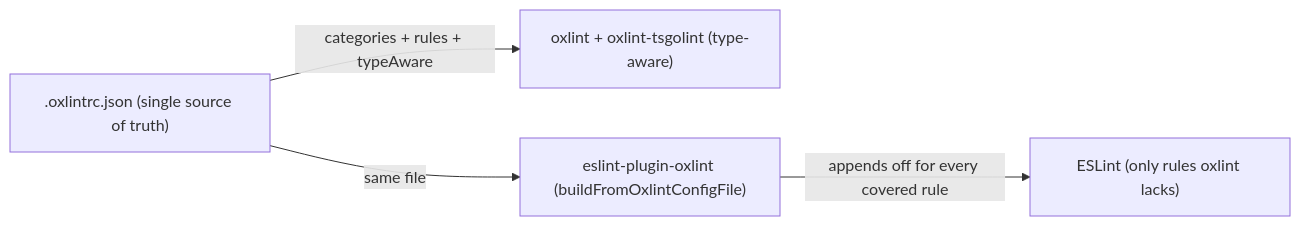
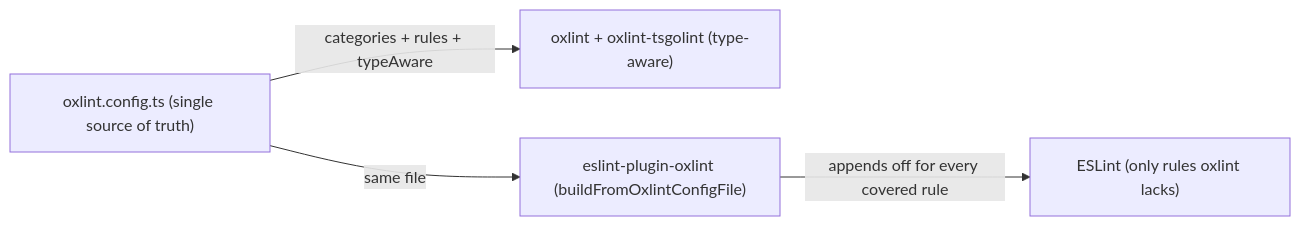
One commit to Esposter/Esposter changed the first of 2 diagrams in apps/web/content/docs/architecture/lint-toolchain.md. Above: the diagram before and after it, drawn with Mermaid. The commit also changed other lines of this file and 58 other files, not shown here.

````diff
--- a/apps/web/content/docs/architecture/lint-toolchain.md
+++ b/apps/web/content/docs/architecture/lint-toolchain.md
@@ -18,10 +18,10 @@
 ```mermaid
 flowchart LR
-  config[".oxlintrc.json (single source of truth)"]
+  config["oxlint.config.ts (single source of truth)"]
   oxlint["oxlint + oxlint-tsgolint (type-aware)"]
   plugin["eslint-plugin-oxlint (buildFromOxlintConfigFile)"]
   eslint["ESLint (only rules oxlint lacks)"]
   config -->|"categories + rules + typeAware"| oxlint
   config -->|"same file"| plugin
   plugin -->|"appends off for every covered rule"| eslint
 ```
````
